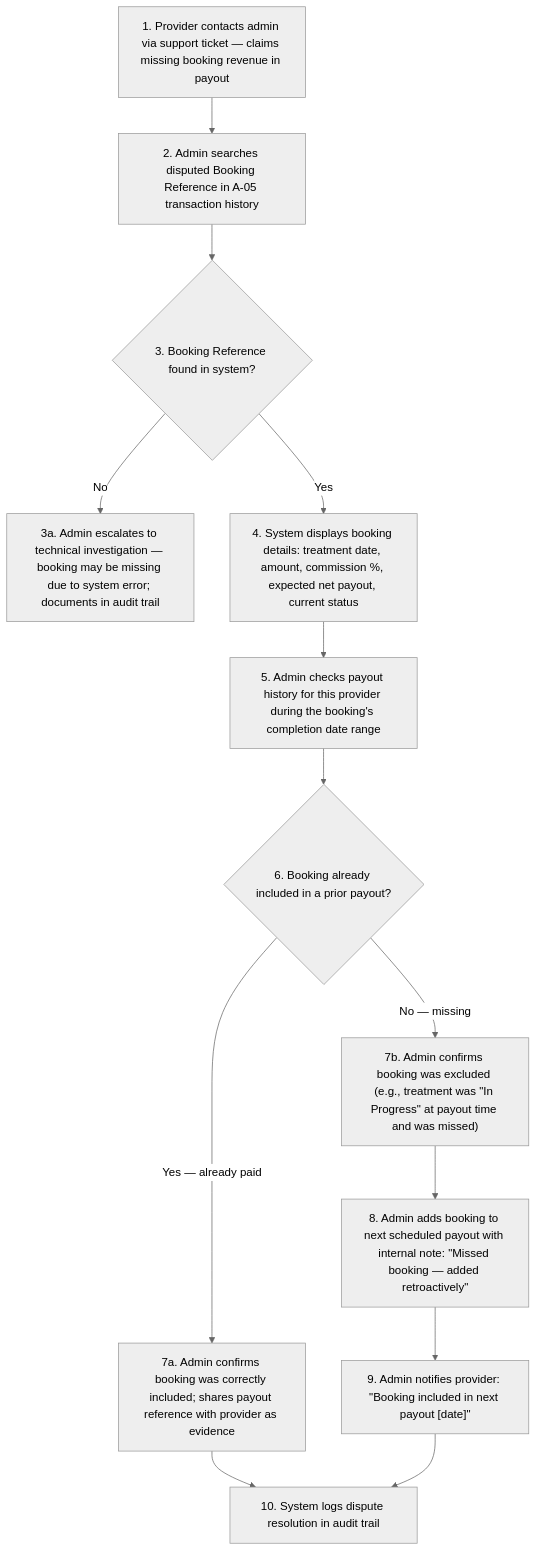
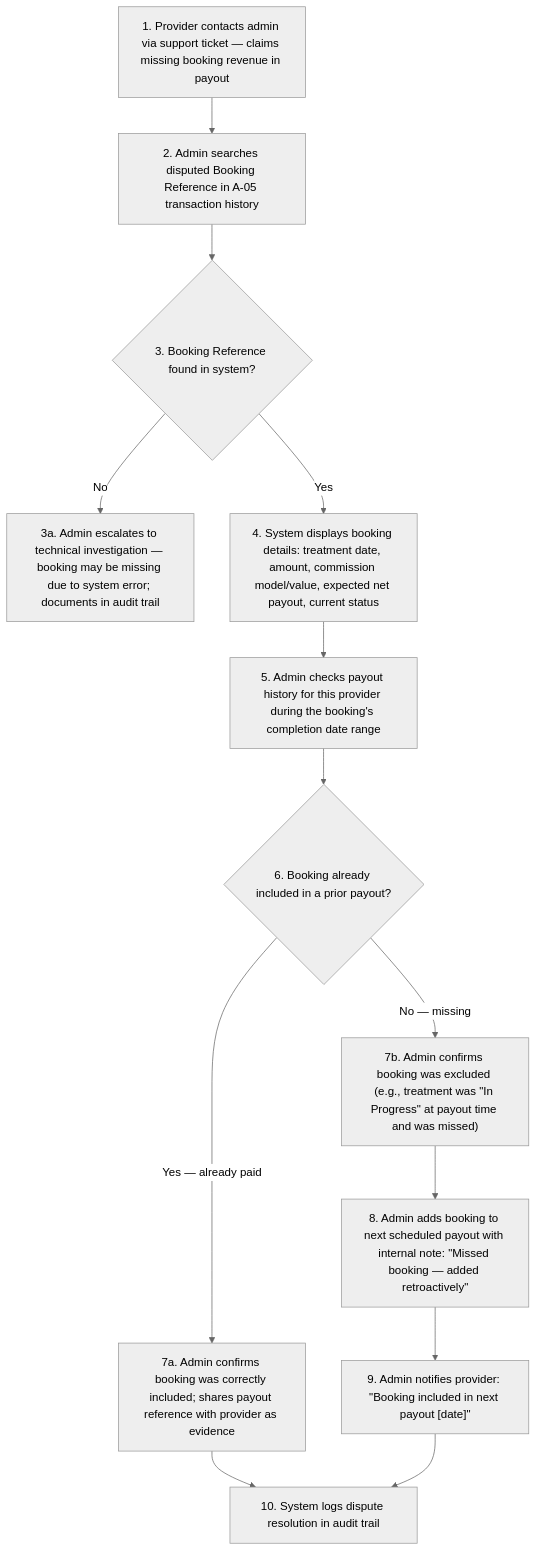
The fourth of 5 diagrams in project-requirements/functional-requirements/fr017-admin-billing-finance/prd.md (joachimtrungtuan/hairline-pm-docs), drawn with Mermaid (neutral theme) before and after one commit. The commit also changed other lines of this file, not shown here.

Commit message:
docs(billing): align FR-017 with subquote payments, commission snapshots, and provider-status cancellations

````diff
--- a/project-requirements/functional-requirements/fr017-admin-billing-finance/prd.md
+++ b/project-requirements/functional-requirements/fr017-admin-billing-finance/prd.md
@@ -230,15 +232,15 @@
 ```mermaid
 flowchart TD
   B2S1["1. Provider contacts admin via support ticket — claims missing booking revenue in payout"] --> B2S2["2. Admin searches disputed Booking Reference in A-05 transaction history"]
   B2S2 --> B2S3{"3. Booking Reference found in system?"}
   B2S3 -->|"No"| B2S3A["3a. Admin escalates to technical investigation — booking may be missing due to system error; documents in audit trail"]
-  B2S3 -->|"Yes"| B2S4["4. System displays booking details: treatment date, amount, commission %, expected net payout, current status"]
+  B2S3 -->|"Yes"| B2S4["4. System displays booking details: treatment date, amount, commission model/value, expected net payout, current status"]
   B2S4 --> B2S5["5. Admin checks payout history for this provider during the booking's completion date range"]
   B2S5 --> B2S6{"6. Booking already included in a prior payout?"}
   B2S6 -->|"Yes — already paid"| B2S7A["7a. Admin confirms booking was correctly included; shares payout reference with provider as evidence"]
   B2S6 -->|"No — missing"| B2S7B["7b. Admin confirms booking was excluded (e.g., treatment was &quot;In Progress&quot; at payout time and was missed)"]
   B2S7B --> B2S8["8. Admin adds booking to next scheduled payout with internal note: &quot;Missed booking — added retroactively&quot;"]
   B2S8 --> B2S9["9. Admin notifies provider: &quot;Booking included in next payout [date]&quot;"]
   B2S7A --> B2S10["10. System logs dispute resolution in audit trail"]
   B2S9 --> B2S10
 ```
````
